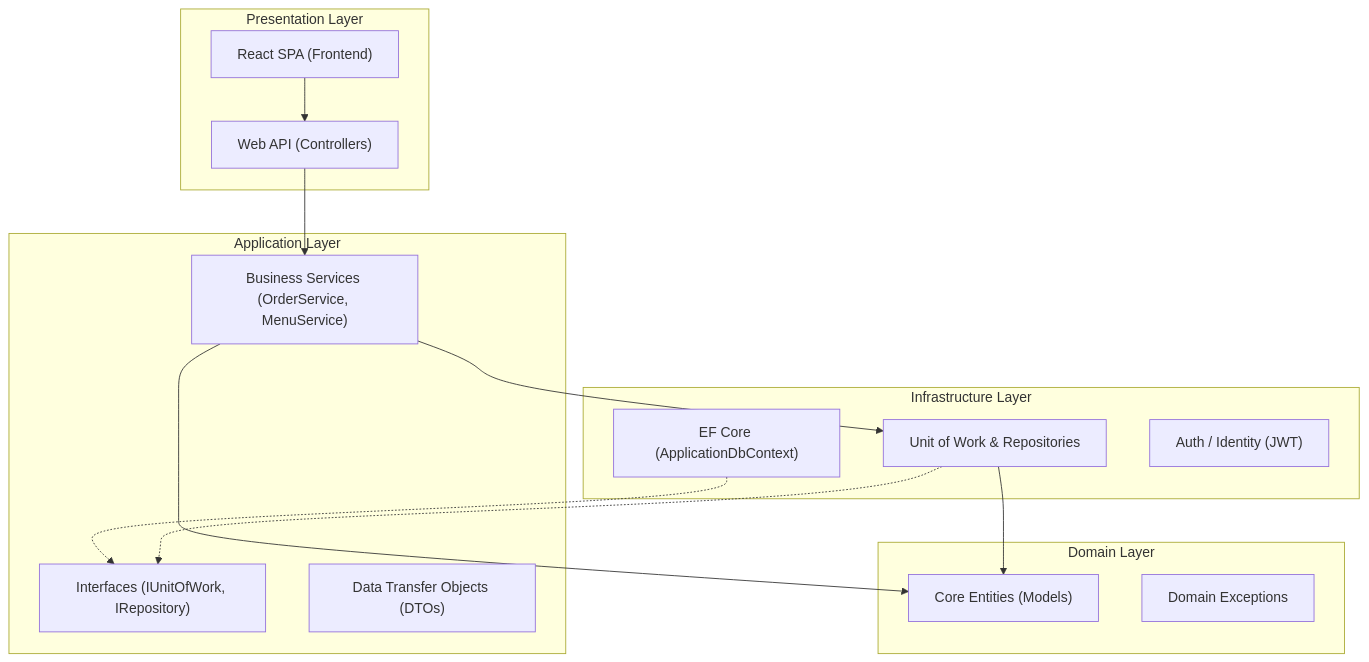
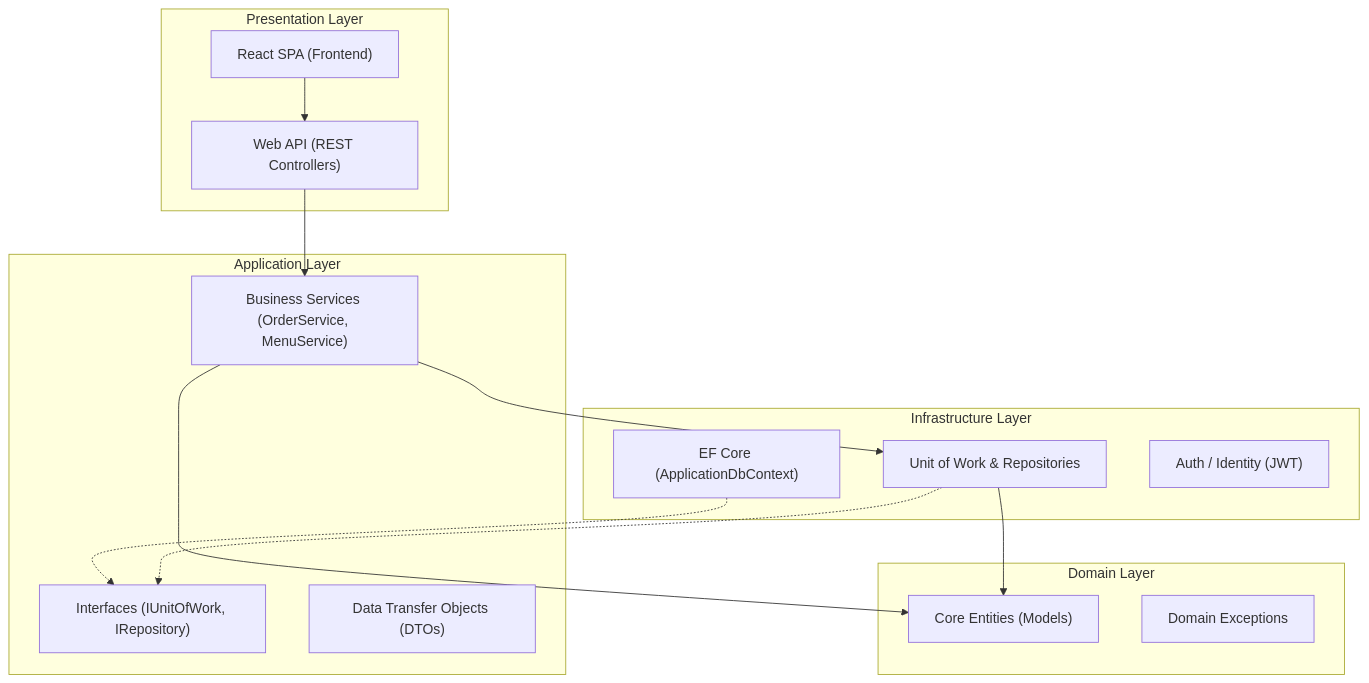
One commit to shams909/Restaurant-management-system changed the third of 4 diagrams in FINAL_MASTER_DOCUMENTATION.md. Above: the diagram before and after it, drawn with Mermaid. The commit also changed other lines of this file and 1 other file, not shown here.

Commit message:
docs: update master documentation and database schema to support multi-branch hierarchy in multi-tenant SaaS architecture

````diff
--- a/FINAL_MASTER_DOCUMENTATION.md
+++ b/FINAL_MASTER_DOCUMENTATION.md
@@ -136,32 +126,32 @@
 ```mermaid
 graph TD
     subgraph PresentationLayer [Presentation Layer]
         UI["React SPA (Frontend)"]
-        API["Web API (Controllers)"]
+        API["Web API (REST Controllers)"]
     end
     
     subgraph InfrastructureLayer [Infrastructure Layer]
         EFCore["EF Core (ApplicationDbContext)"]
         UoW["Unit of Work & Repositories"]
         Identity["Auth / Identity (JWT)"]
     end
     
     subgraph ApplicationLayer [Application Layer]
         Services["Business Services (OrderService, MenuService)"]
         Interfaces["Interfaces (IUnitOfWork, IRepository)"]
         DTO["Data Transfer Objects (DTOs)"]
     end
     
     subgraph DomainLayer [Domain Layer]
         Entities["Core Entities (Models)"]
         Exceptions["Domain Exceptions"]
     end
 
     UI --> API
     API --> Services
     EFCore -.-> Interfaces
     UoW -.-> Interfaces
     Services --> UoW
     Services --> Entities
     UoW --> Entities
 ```
````
